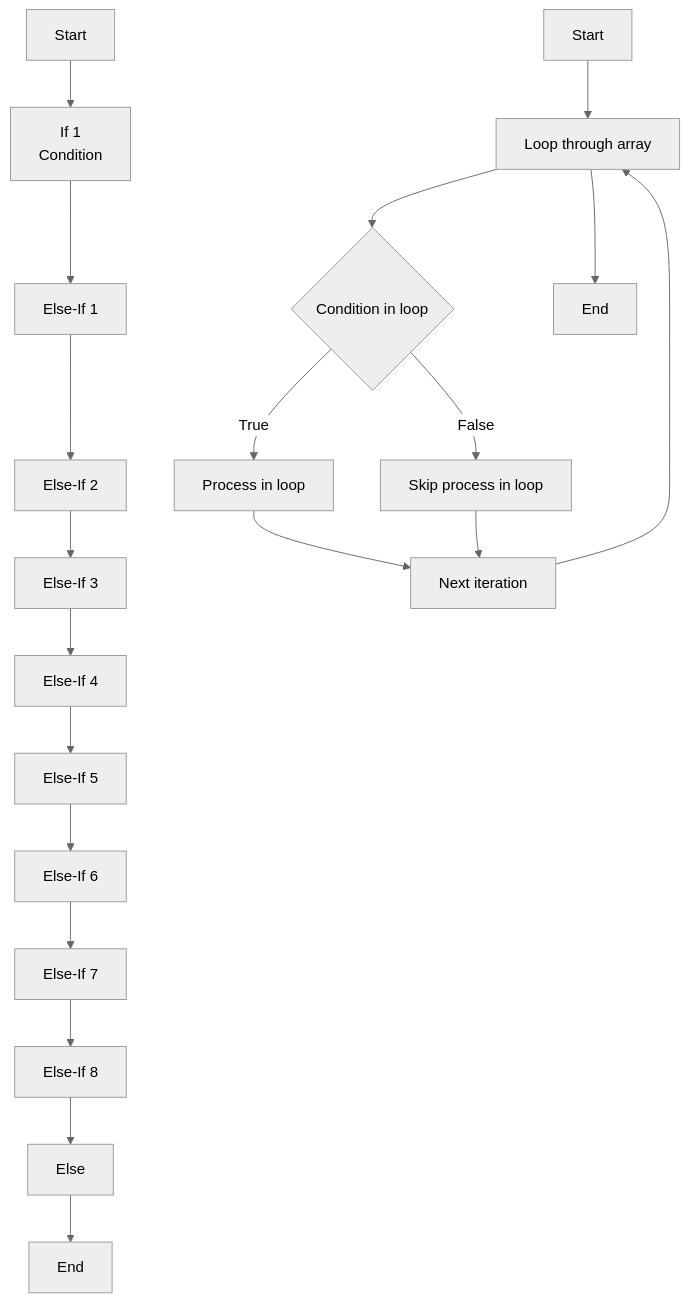
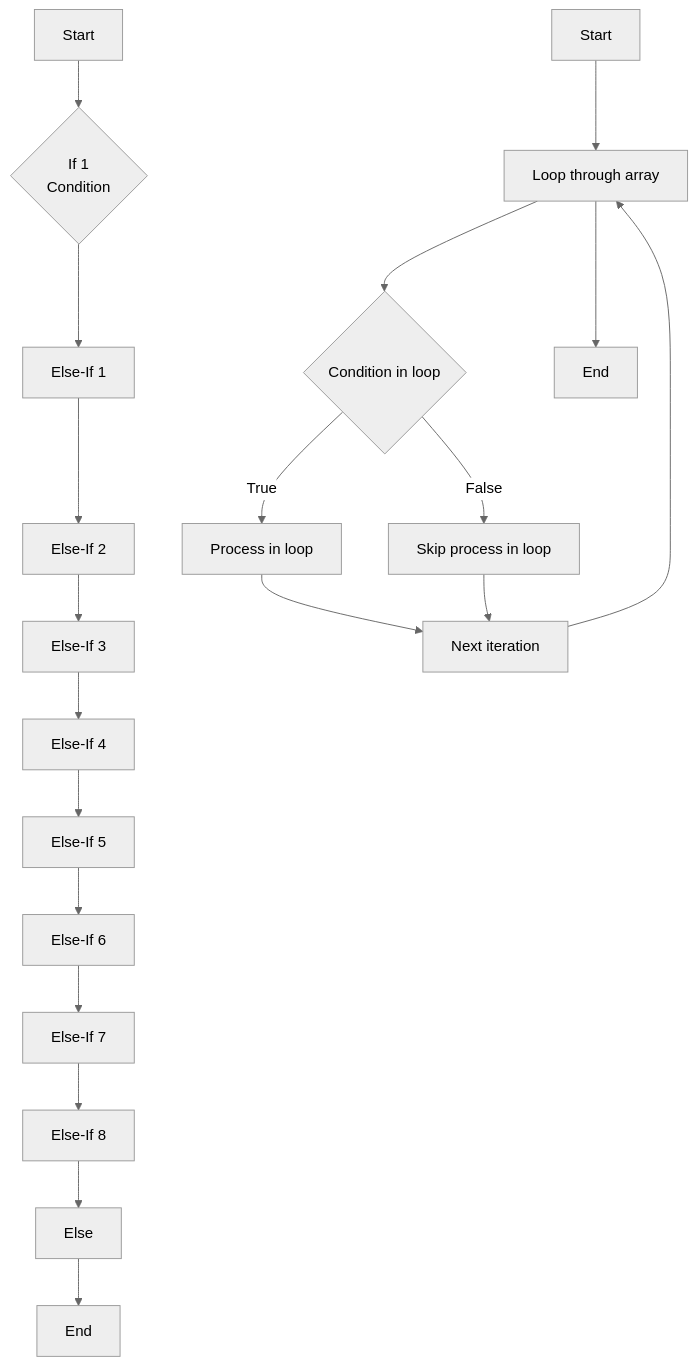
One commit to Alex-Rafter/wiki changed the third of 3 diagrams in daily/2023-05-13.md. Above: the diagram before and after it, drawn with Mermaid (neutral theme).

````diff
--- a/daily/2023-05-13.md
+++ b/daily/2023-05-13.md
@@ -80,28 +80,28 @@
 ```mermaid
 
 flowchart TD
-A[Start] --> B["If 1
+A[Start] --> B{"If 1
 Condition
-"]
+"}
 B --> C[Else-If 1]
 C --> D[Else-If 2]
 D --> E[Else-If 3]
 E --> F[Else-If 4]
 F --> G[Else-If 5]
 G --> H[Else-If 6]
 H --> I[Else-If 7]
 I --> J[Else-If 8]
 J --> K[Else]
 K --> L[End]
 
 
 M[Start] --> N[Loop through array]
 N --> O{Condition in loop}
 O -- True --> P[Process in loop]
 O -- False --> Q[Skip process in loop]
 P --> R[Next iteration]
 Q --> R
 R --> N
 N --> S[End]
 
 ```
````
